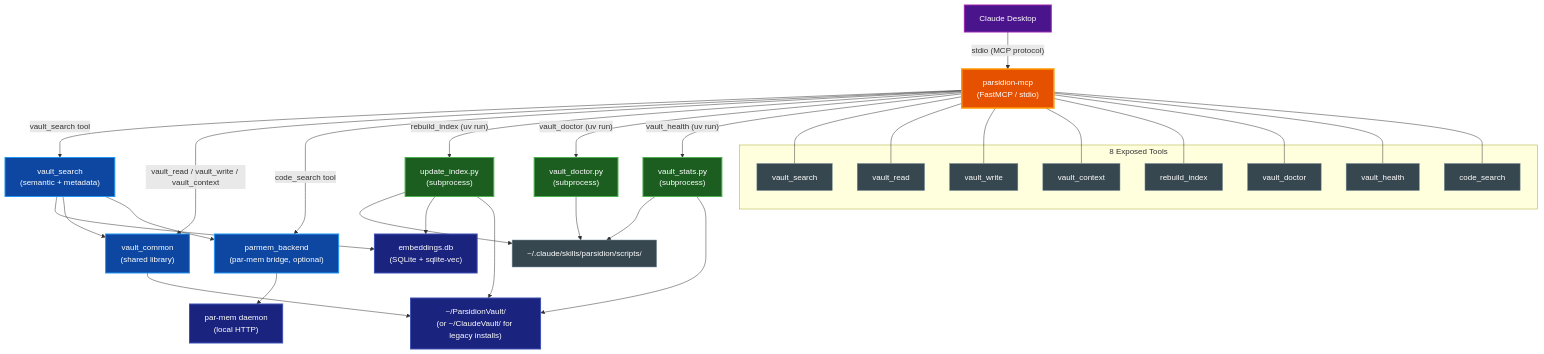
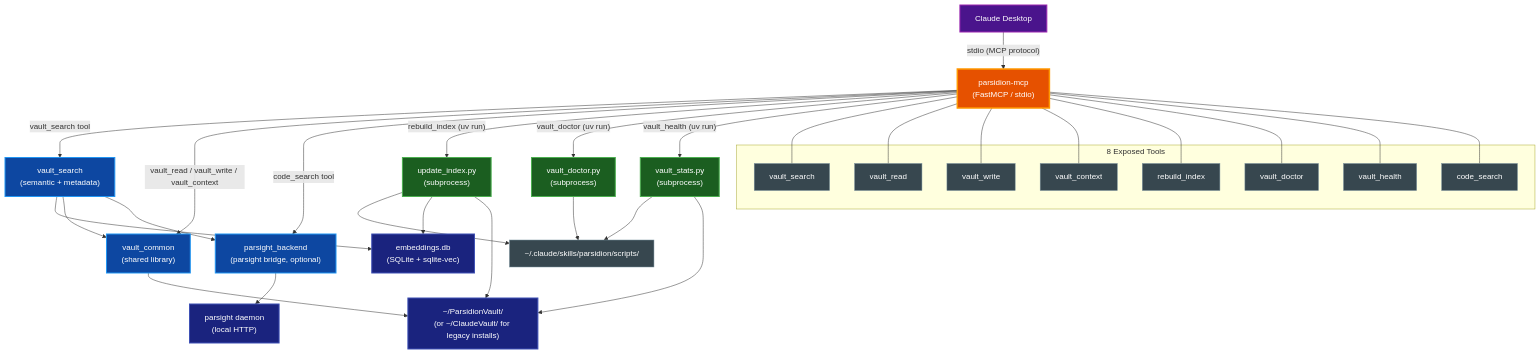
One commit to paulrobello/parsidion changed the diagram in docs/MCP.md. Above: the diagram before and after it, drawn with Mermaid. The commit also changed other lines of this file and 280 other files, not shown here.

Commit message:
parsight rename: par_mem search backend -> parsight (module renames, config section/backend/binary with legacy aliases so deployed vault configs keep working, tests, docs, visualizer, MCP tools); docs/api regenerated

````diff
--- a/docs/MCP.md
+++ b/docs/MCP.md
@@ -52,70 +52,70 @@
 ```mermaid
 graph TD
     Desktop["Claude Desktop"]
     MCP["parsidion-mcp<br/>(FastMCP / stdio)"]
     VaultSearch["vault_search<br/>(semantic + metadata)"]
     VaultCommon["vault_common<br/>(shared library)"]
-    ParmemBackend["parmem_backend<br/>(par-mem bridge, optional)"]
-    ParmemDaemon["par-mem daemon<br/>(local HTTP)"]
+    ParsightBackend["parsight_backend<br/>(parsight bridge, optional)"]
+    ParsightDaemon["parsight daemon<br/>(local HTTP)"]
     ScriptsDir["~/.claude/skills/parsidion/scripts/"]
     UpdateIndex["update_index.py<br/>(subprocess)"]
     VaultDoctor["vault_doctor.py<br/>(subprocess)"]
     VaultStats["vault_stats.py<br/>(subprocess)"]
     EmbeddingsDB["embeddings.db<br/>(SQLite + sqlite-vec)"]
     VaultRoot["~/ParsidionVault/<br/>(or ~/ClaudeVault/ for legacy installs)"]
 
     Desktop -->|"stdio (MCP protocol)"| MCP
 
     MCP -->|"vault_search tool"| VaultSearch
     MCP -->|"vault_read / vault_write / vault_context"| VaultCommon
-    MCP -->|"code_search tool"| ParmemBackend
+    MCP -->|"code_search tool"| ParsightBackend
     MCP -->|"rebuild_index (uv run)"| UpdateIndex
     MCP -->|"vault_doctor (uv run)"| VaultDoctor
     MCP -->|"vault_health (uv run)"| VaultStats
 
     VaultSearch --> EmbeddingsDB
     VaultSearch --> VaultCommon
-    VaultSearch --> ParmemBackend
-    ParmemBackend --> ParmemDaemon
+    VaultSearch --> ParsightBackend
+    ParsightBackend --> ParsightDaemon
     VaultCommon --> VaultRoot
     UpdateIndex --> ScriptsDir
     VaultDoctor --> ScriptsDir
     VaultStats --> ScriptsDir
     UpdateIndex --> EmbeddingsDB
     UpdateIndex --> VaultRoot
     VaultStats --> VaultRoot
 
     subgraph "8 Exposed Tools"
         T1["vault_search"]
         T2["vault_read"]
         T3["vault_write"]
         T4["vault_context"]
         T5["rebuild_index"]
         T6["vault_doctor"]
         T7["vault_health"]
         T8["code_search"]
     end
 
     MCP --- T1
     MCP --- T2
     MCP --- T3
     MCP --- T4
     MCP --- T5
     MCP --- T6
     MCP --- T7
     MCP --- T8
 
     class Desktop external
     class MCP primary
-    class VaultSearch,VaultCommon,ParmemBackend data
+    class VaultSearch,VaultCommon,ParsightBackend data
     class ScriptsDir,T1,T2,T3,T4,T5,T6,T7,T8 neutral
     class UpdateIndex,VaultDoctor,VaultStats active
-    class ParmemDaemon,EmbeddingsDB,VaultRoot database
+    class ParsightDaemon,EmbeddingsDB,VaultRoot database
 
     classDef primary fill:#e65100,stroke:#ff9800,stroke-width:3px,color:#ffffff
     classDef active fill:#1b5e20,stroke:#4caf50,stroke-width:2px,color:#ffffff
     classDef database fill:#1a237e,stroke:#3f51b5,stroke-width:2px,color:#ffffff
     classDef external fill:#4a148c,stroke:#9c27b0,stroke-width:2px,color:#ffffff
     classDef data fill:#0d47a1,stroke:#2196f3,stroke-width:2px,color:#ffffff
     classDef neutral fill:#37474f,stroke:#78909c,stroke-width:1px,color:#ffffff
 ```
````
